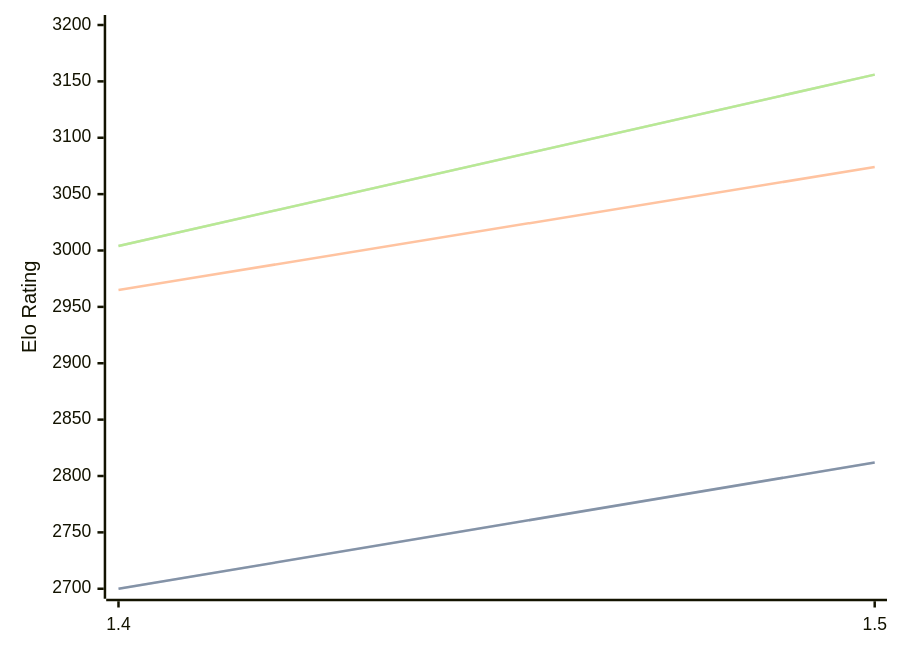
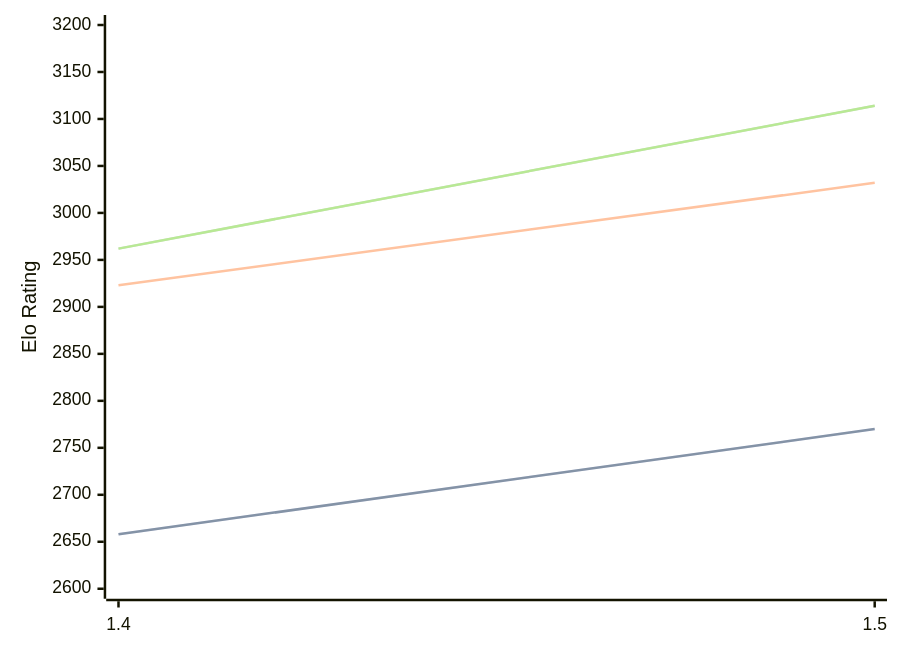
The diagram in engines/Yakka.md (computer-chess-index/cci), drawn with Mermaid before and after one commit. The commit also changed other lines of this file, not shown here.

Commit message:
Update CCI Ratings (ELO VLTC) - 2026-05-19

````diff
--- a/engines/Yakka.md
+++ b/engines/Yakka.md
@@ -36,11 +36,11 @@
 ```mermaid
 %%{init: {"theme":"base","themeVariables":{"seriesColors:['#a3a3a3','#222221','#faa371']}}}%%
 xychart-beta
   x-axis ["1.4", "1.5"]
-  y-axis "Elo Rating" 2700 --> 3200
-  line "STC (8.0+0.08s)" [2700, 2812]
-  line "STC (8.0+0.08s)" [2700, 2812]
-  line "LTC (60.0+0.60s)" [2965, 3074]
-  line "VLTC (2m24s+1.12s)" [3004, 3156]
-  line "VLTC (2m24s+1.12s)" [3004, 3156]
+  y-axis "Elo Rating" 2600 --> 3200
+  line "STC (8.0+0.08s)" [2658, 2770]
+  line "STC (8.0+0.08s)" [2658, 2770]
+  line "LTC (60.0+0.60s)" [2923, 3032]
+  line "VLTC (2m24s+1.12s)" [2962, 3114]
+  line "VLTC (2m24s+1.12s)" [2962, 3114]
 ```
````
